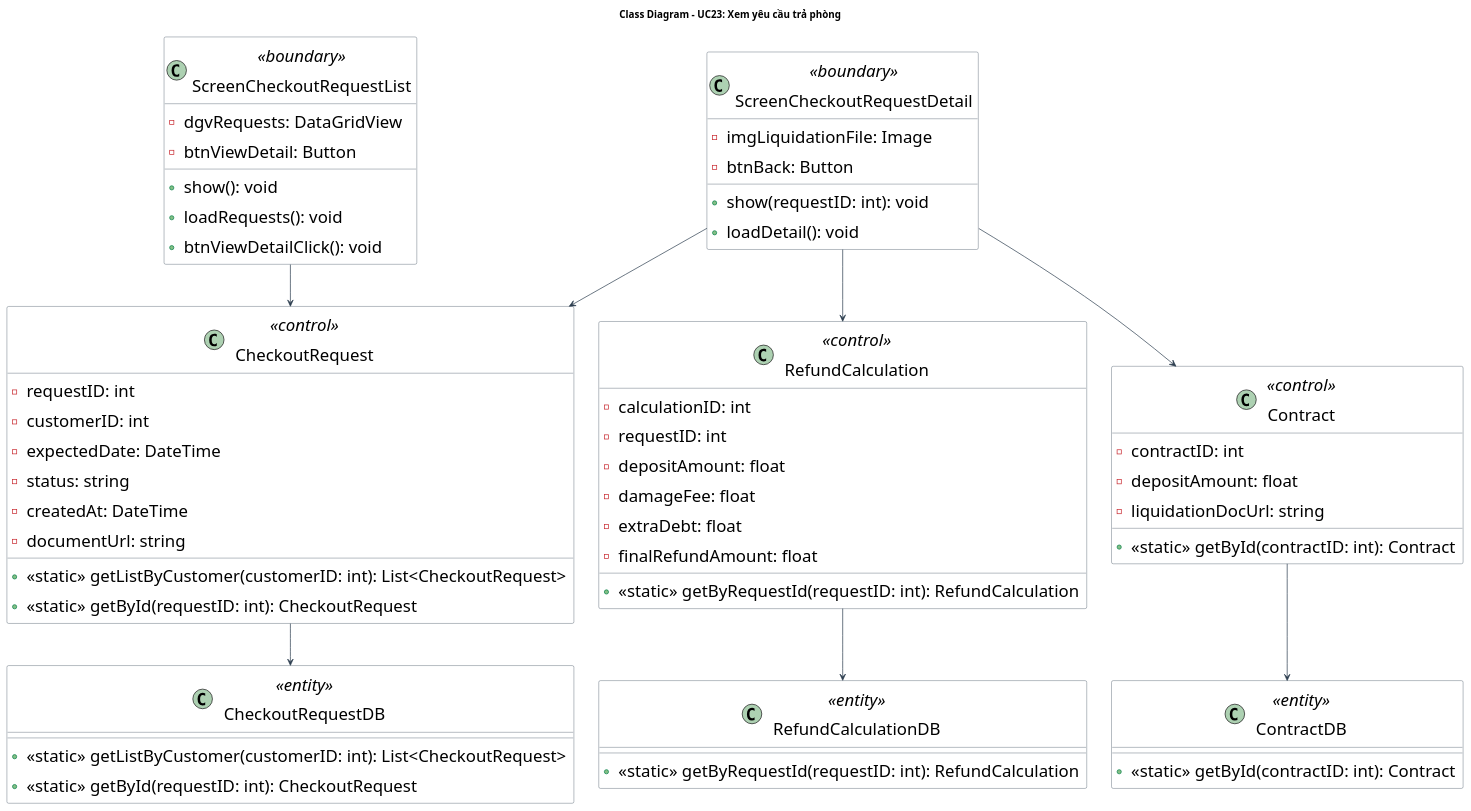
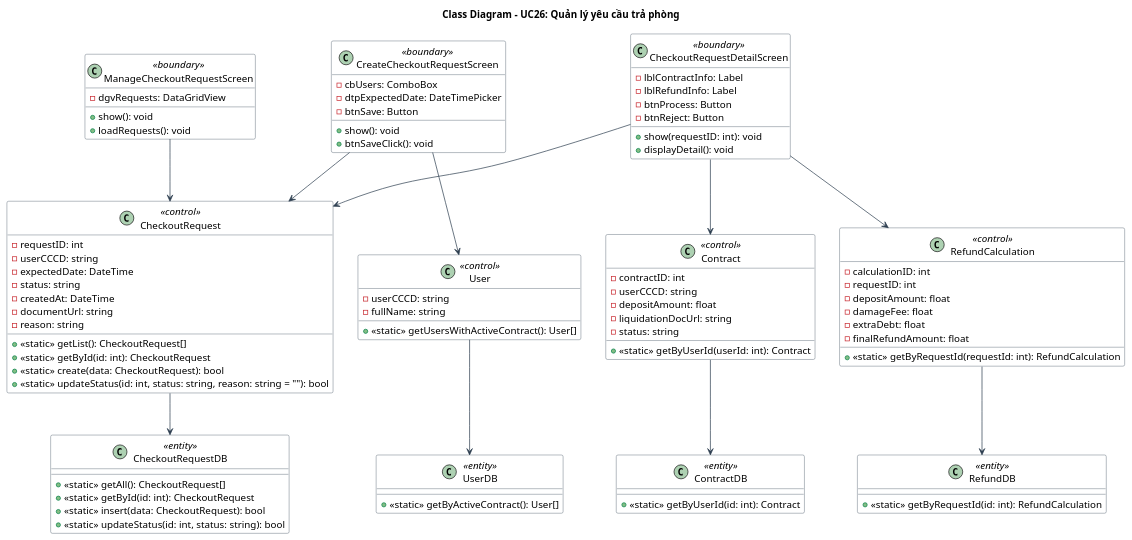
One commit to Gnourt812005/HCMUS-Analyze-and-desgin-IS changed the diagram in doc/system/quan_ly_yeu_cau_tra_phong/QuanLyYeuCauTraPhong_ClassDiagram.wsd. Above: the diagram before and after it, drawn with PlantUML. The commit also changed 17 other files, not shown here.

Commit message:
quangdo/code: added mockup for Checkout Request Management interface

```diff
--- a/doc/system/quan_ly_yeu_cau_tra_phong/QuanLyYeuCauTraPhong_ClassDiagram.wsd
+++ b/doc/system/quan_ly_yeu_cau_tra_phong/QuanLyYeuCauTraPhong_ClassDiagram.wsd
@@ -1,77 +1,105 @@
-@startuml QuanLyYeuCauTraPhong_ClassDiagram
-title Class Diagram - UC23: Xem yêu cầu trả phòng
+@startuml
+title Class Diagram - UC26: Quản lý yêu cầu trả phòng
 
 skinparam {
     ClassBackgroundColor White
     ClassBorderColor #2D3E50
     ArrowColor #2D3E50
     DefaultFontName "Arial"
-    DefaultFontSize 24
-    Padding 5
+    DefaultFontSize 14
 }
 
-class "ScreenCheckoutRequestList" as RequestListScreen <<boundary>> {
+class "ManageCheckoutRequestScreen" <<boundary>> {
   - dgvRequests: DataGridView
-  - btnViewDetail: Button
   + show(): void
   + loadRequests(): void
-  + btnViewDetailClick(): void
 }
 
-class "ScreenCheckoutRequestDetail" as RequestDetailScreen <<boundary>> {
-  - imgLiquidationFile: Image
-  - btnBack: Button
-  + show(requestID: int): void
-  + loadDetail(): void
+class "CreateCheckoutRequestScreen" <<boundary>> {
+  - cbUsers: ComboBox
+  - dtpExpectedDate: DateTimePicker
+  - btnSave: Button
+  + show(): void
+  + btnSaveClick(): void
 }
 
-class "CheckoutRequest" as CheckoutRequest <<control>> {
+class "CheckoutRequestDetailScreen" <<boundary>> {
+  - lblContractInfo: Label
+  - lblRefundInfo: Label
+  - btnProcess: Button
+  - btnReject: Button
+  + show(requestID: int): void
+  + displayDetail(): void
+}
+
+class "CheckoutRequest" <<control>> {
   - requestID: int
-  - customerID: int
+  - userCCCD: string
   - expectedDate: DateTime
   - status: string
   - createdAt: DateTime
   - documentUrl: string
-  + <<static>> getListByCustomer(customerID: int): List<CheckoutRequest>
-  + <<static>> getById(requestID: int): CheckoutRequest
+  - reason: string
+  + <<static>> getList(): CheckoutRequest[]
+  + <<static>> getById(id: int): CheckoutRequest
+  + <<static>> create(data: CheckoutRequest): bool
+  + <<static>> updateStatus(id: int, status: string, reason: string = ""): bool
 }
 
-class "CheckoutRequestDB" as CheckoutRequestDB <<entity>> {
-  + <<static>> getListByCustomer(customerID: int): List<CheckoutRequest>
-  + <<static>> getById(requestID: int): CheckoutRequest
+class "User" <<control>> {
+  - userCCCD: string
+  - fullName: string
+  + <<static>> getUsersWithActiveContract(): User[]
 }
 
-class "RefundCalculation" as RefundCalculation <<control>> {
+class "Contract" <<control>> {
+  - contractID: int
+  - userCCCD: string
+  - depositAmount: float
+  - liquidationDocUrl: string
+  - status: string
+  + <<static>> getByUserId(userId: int): Contract
+}
+
+class "RefundCalculation" <<control>> {
   - calculationID: int
   - requestID: int
   - depositAmount: float
   - damageFee: float
   - extraDebt: float
   - finalRefundAmount: float
-  + <<static>> getByRequestId(requestID: int): RefundCalculation
+  + <<static>> getByRequestId(requestId: int): RefundCalculation
 }
 
-class "RefundCalculationDB" as RefundCalculationDB <<entity>> {
-  + <<static>> getByRequestId(requestID: int): RefundCalculation
+class "CheckoutRequestDB" <<entity>> {
+  + <<static>> getAll(): CheckoutRequest[]
+  + <<static>> getById(id: int): CheckoutRequest
+  + <<static>> insert(data: CheckoutRequest): bool
+  + <<static>> updateStatus(id: int, status: string): bool
 }
 
-class "Contract" as Contract <<control>> {
-  - contractID: int
-  - depositAmount: float
-  - liquidationDocUrl: string
-  + <<static>> getById(contractID: int): Contract
+class "UserDB" <<entity>> {
+  + <<static>> getByActiveContract(): User[]
 }
 
-class "ContractDB" as ContractDB <<entity>> {
-  + <<static>> getById(contractID: int): Contract
+class "ContractDB" <<entity>> {
+  + <<static>> getByUserId(id: int): Contract
 }
 
-RequestListScreen --> CheckoutRequest
-RequestDetailScreen --> CheckoutRequest
-RequestDetailScreen --> RefundCalculation
-RequestDetailScreen --> Contract
+class "RefundDB" <<entity>> {
+  + <<static>> getByRequestId(id: int): RefundCalculation
+}
+
+ManageCheckoutRequestScreen --> CheckoutRequest
+CreateCheckoutRequestScreen --> CheckoutRequest
+CreateCheckoutRequestScreen --> User
+CheckoutRequestDetailScreen --> CheckoutRequest
+CheckoutRequestDetailScreen --> Contract
+CheckoutRequestDetailScreen --> RefundCalculation
+
 CheckoutRequest --> CheckoutRequestDB
-RefundCalculation --> RefundCalculationDB
+User --> UserDB
 Contract --> ContractDB
+RefundCalculation --> RefundDB
 
 @enduml
```
